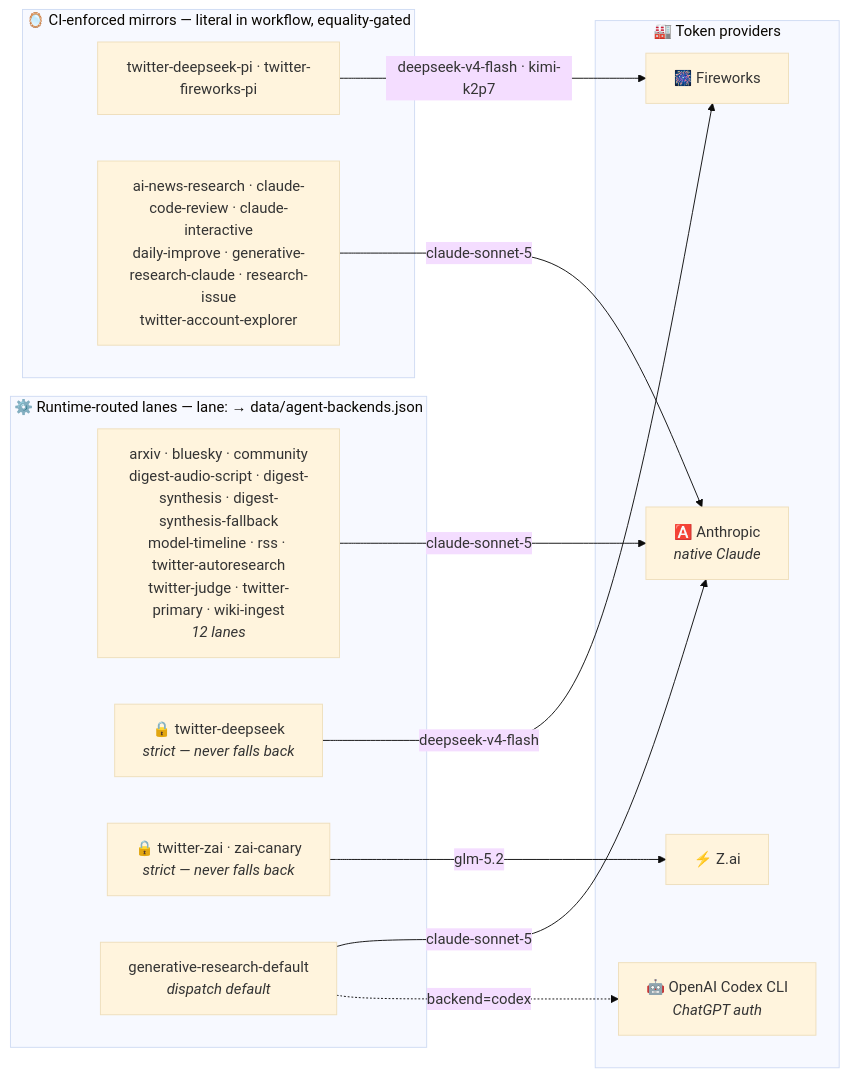
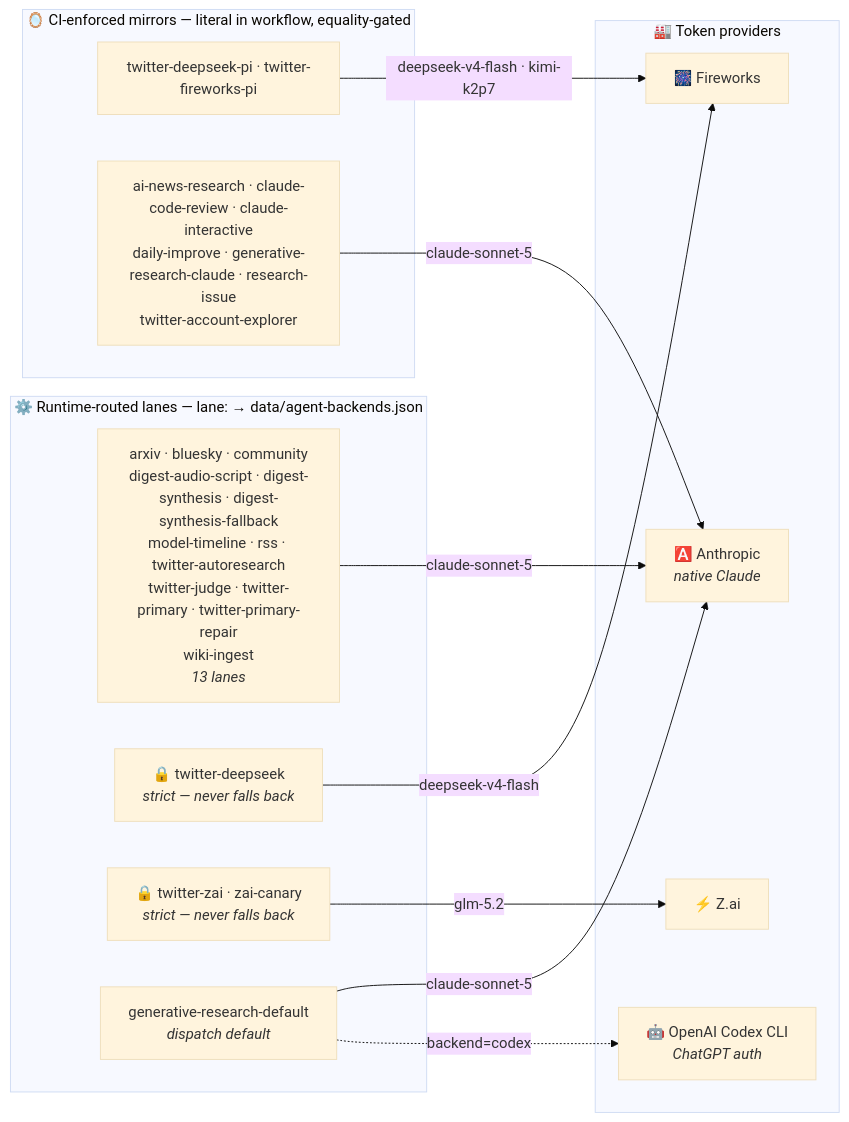
The second of 3 diagrams in README.md (guzus/ai-research-arm), drawn with Mermaid (base theme) before and after one commit. The commit also changed 4 other files, not shown here.

Commit message:
Require Claude-authored Twitter primary repair

````diff
--- a/README.md
+++ b/README.md
@@ -147,26 +147,26 @@
 ```mermaid
 flowchart LR
     subgraph runtime["⚙️ Runtime-routed lanes — lane: → data/agent-backends.json"]
-        lanes0["arxiv · bluesky · community<br/>digest-audio-script · digest-synthesis · digest-synthesis-fallback<br/>model-timeline · rss · twitter-autoresearch<br/>twitter-judge · twitter-primary · wiki-ingest<br/><i>12 lanes</i>"]
+        lanes0["arxiv · bluesky · community<br/>digest-audio-script · digest-synthesis · digest-synthesis-fallback<br/>model-timeline · rss · twitter-autoresearch<br/>twitter-judge · twitter-primary · twitter-primary-repair<br/>wiki-ingest<br/><i>13 lanes</i>"]
         strict0["🔒 twitter-deepseek<br/><i>strict — never falls back</i>"]
         strict1["🔒 twitter-zai · zai-canary<br/><i>strict — never falls back</i>"]
         gendef["generative-research-default<br/><i>dispatch default</i>"]
     end
     subgraph mirrors["🪞 CI-enforced mirrors — literal in workflow, equality-gated"]
         pi["twitter-deepseek-pi · twitter-fireworks-pi"]
         native["ai-news-research · claude-code-review · claude-interactive<br/>daily-improve · generative-research-claude · research-issue<br/>twitter-account-explorer"]
     end
     subgraph providers["🏭 Token providers"]
         FW["🎆 Fireworks"]
         ZAI["⚡ Z.ai"]
         ANT["🅰️ Anthropic<br/><i>native Claude</i>"]
         OAI["🤖 OpenAI Codex CLI<br/><i>ChatGPT auth</i>"]
     end
     lanes0 -->|"claude-sonnet-5"| ANT
     strict0 -->|"deepseek-v4-flash"| FW
     strict1 -->|"glm-5.2"| ZAI
     gendef -->|"claude-sonnet-5"| ANT
     pi -->|"deepseek-v4-flash · kimi-k2p7"| FW
     native -->|"claude-sonnet-5"| ANT
     gendef -.->|"backend=codex"| OAI
 ```
````
